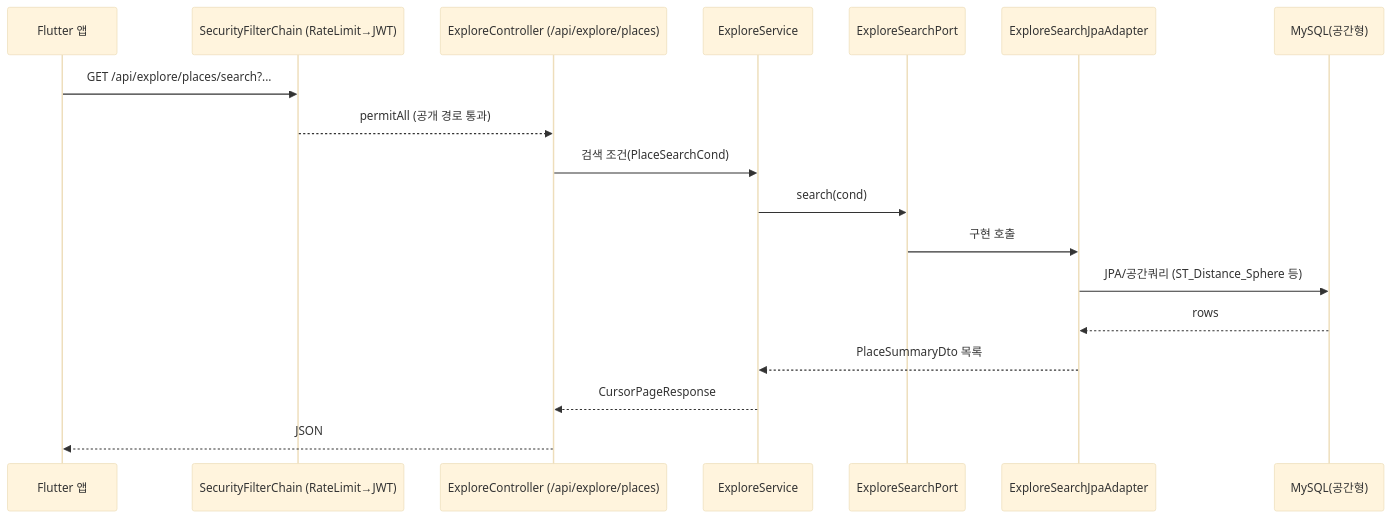
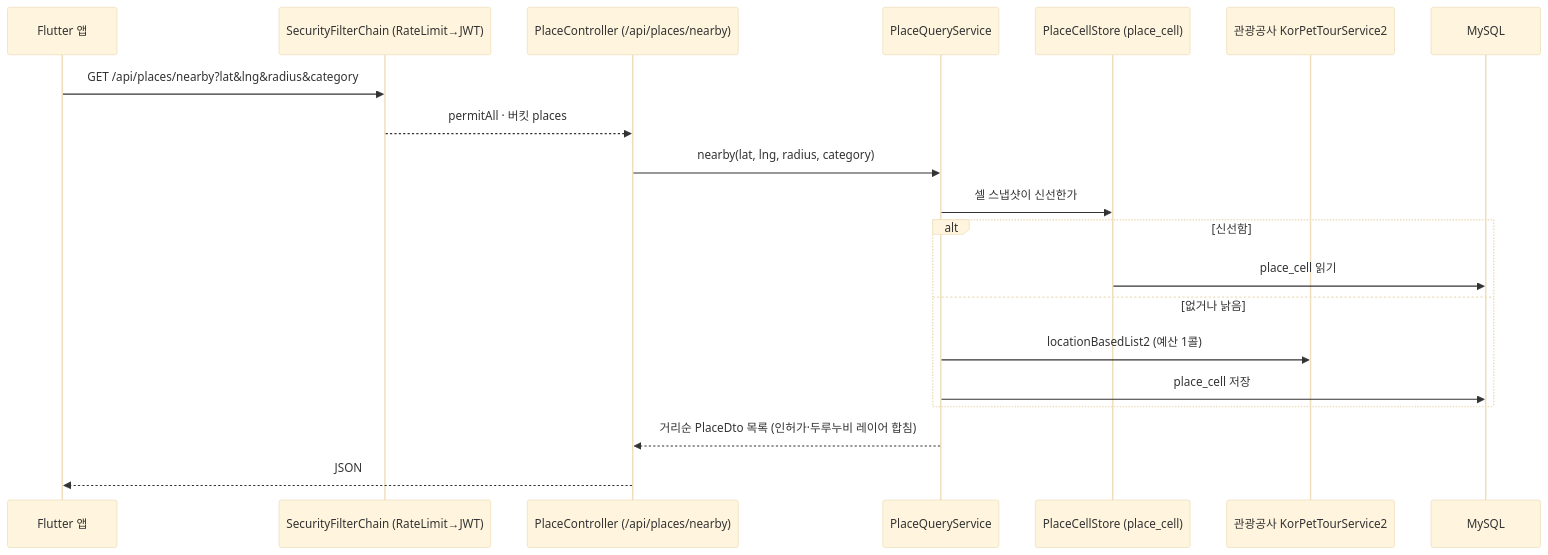
Before and after one commit to sanghyunbang/pawloop: the diagram in docs/02-architecture/backend-structure.md, drawn with Mermaid (base theme). The commit also changed other lines of this file and 229 other files, not shown here.

First line of the commit message:
chore(be): 감정 여행 패키지 아홉을 지운다 — tour·explore·curation·social·llm·schedules·bookmark·feedback·kakao, 표는 그대로 (#94 2/2)

````diff
--- a/docs/02-architecture/backend-structure.md
+++ b/docs/02-architecture/backend-structure.md
@@ -252,21 +174,23 @@
 ```mermaid
 sequenceDiagram
     participant App as Flutter 앱
     participant Sec as SecurityFilterChain (RateLimit→JWT)
-    participant Ctl as ExploreController (/api/explore/places)
-    participant Svc as ExploreService
-    participant Port as ExploreSearchPort
-    participant Adp as ExploreSearchJpaAdapter
-    participant DB as MySQL(공간형)
+    participant Ctl as PlaceController (/api/places/nearby)
+    participant Svc as PlaceQueryService
+    participant Cell as PlaceCellStore (place_cell)
+    participant KTO as 관광공사 KorPetTourService2
+    participant DB as MySQL
 
-    App->>Sec: GET /api/explore/places/search?...
-    Sec-->>Ctl: permitAll (공개 경로 통과)
-    Ctl->>Svc: 검색 조건(PlaceSearchCond)
-    Svc->>Port: search(cond)
-    Port->>Adp: 구현 호출
-    Adp->>DB: JPA/공간쿼리 (ST_Distance_Sphere 등)
-    DB-->>Adp: rows
-    Adp-->>Svc: PlaceSummaryDto 목록
-    Svc-->>Ctl: CursorPageResponse
+    App->>Sec: GET /api/places/nearby?lat&lng&radius&category
+    Sec-->>Ctl: permitAll · 버킷 places
+    Ctl->>Svc: nearby(lat, lng, radius, category)
+    Svc->>Cell: 셀 스냅샷이 신선한가
+    alt 신선함
+        Cell->>DB: place_cell 읽기
+    else 없거나 낡음
+        Svc->>KTO: locationBasedList2 (예산 1콜)
+        Svc->>DB: place_cell 저장
+    end
+    Svc-->>Ctl: 거리순 PlaceDto 목록 (인허가·두루누비 레이어 합침)
     Ctl-->>App: JSON
 ```
````
